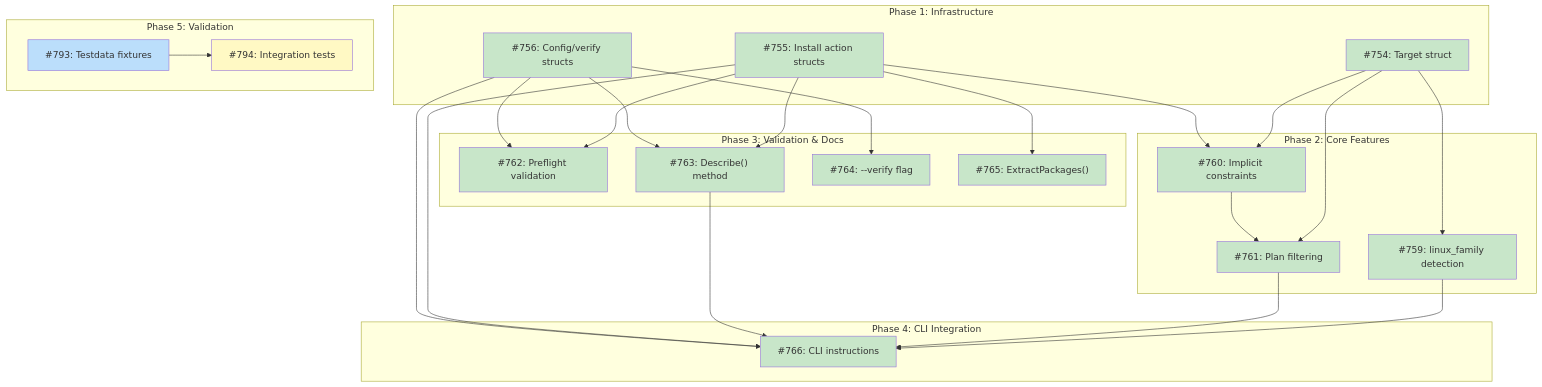
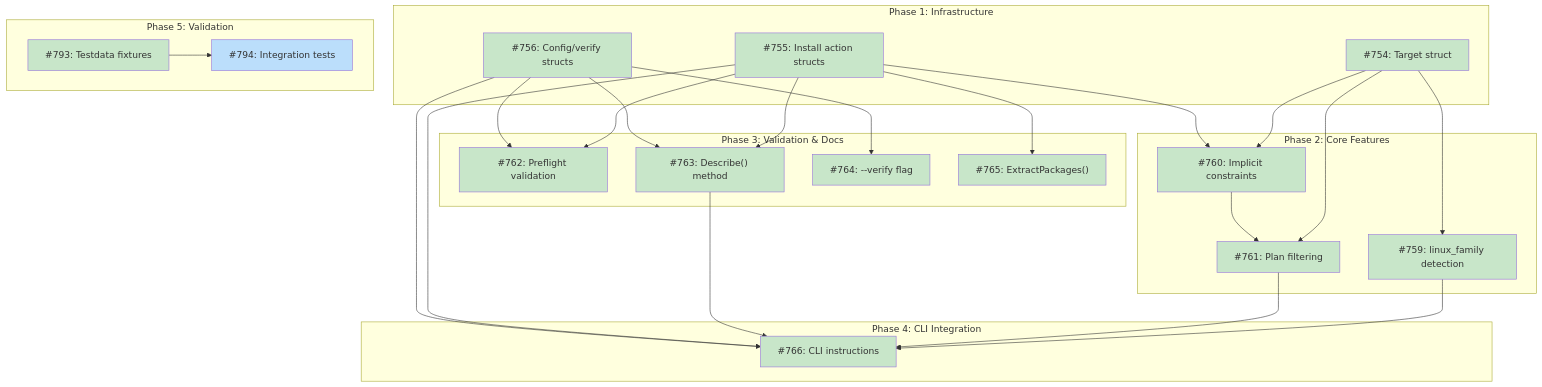
One commit to tsukumogami/tsuku changed the diagram in docs/DESIGN-system-dependency-actions.md. Above: the diagram before and after it, drawn with Mermaid. The commit also changed 4 other files, not shown here.

````diff
--- a/docs/DESIGN-system-dependency-actions.md
+++ b/docs/DESIGN-system-dependency-actions.md
@@ -29,57 +29,56 @@
 ```mermaid
 graph TD
     subgraph Phase1["Phase 1: Infrastructure"]
         I754["#754: Target struct"]
         I755["#755: Install action structs"]
         I756["#756: Config/verify structs"]
     end
 
     subgraph Phase2["Phase 2: Core Features"]
         I759["#759: linux_family detection"]
         I760["#760: Implicit constraints"]
         I761["#761: Plan filtering"]
     end
 
     subgraph Phase3["Phase 3: Validation & Docs"]
         I762["#762: Preflight validation"]
         I763["#763: Describe() method"]
         I764["#764: --verify flag"]
         I765["#765: ExtractPackages()"]
     end
 
     subgraph Phase4["Phase 4: CLI Integration"]
         I766["#766: CLI instructions"]
     end
 
     subgraph Phase5["Phase 5: Validation"]
         I793["#793: Testdata fixtures"]
         I794["#794: Integration tests"]
     end
 
     I754 --> I759
     I754 --> I760
     I755 --> I760
     I754 --> I761
     I760 --> I761
     I755 --> I762
     I756 --> I762
     I755 --> I763
     I756 --> I763
     I756 --> I764
     I755 --> I765
     I759 --> I766
     I761 --> I766
     I763 --> I766
     I755 --> I766
     I756 --> I766
     I793 --> I794
 
     classDef done fill:#c8e6c9
     classDef ready fill:#bbdefb
     classDef blocked fill:#fff9c4
     classDef needsDesign fill:#e1bee7
 
-    class I754,I755,I756,I759,I760,I761,I762,I763,I764,I765,I766 done
-    class I793 ready
-    class I794 blocked
+    class I754,I755,I756,I759,I760,I761,I762,I763,I764,I765,I766,I793 done
+    class I794 ready
 ```
````
